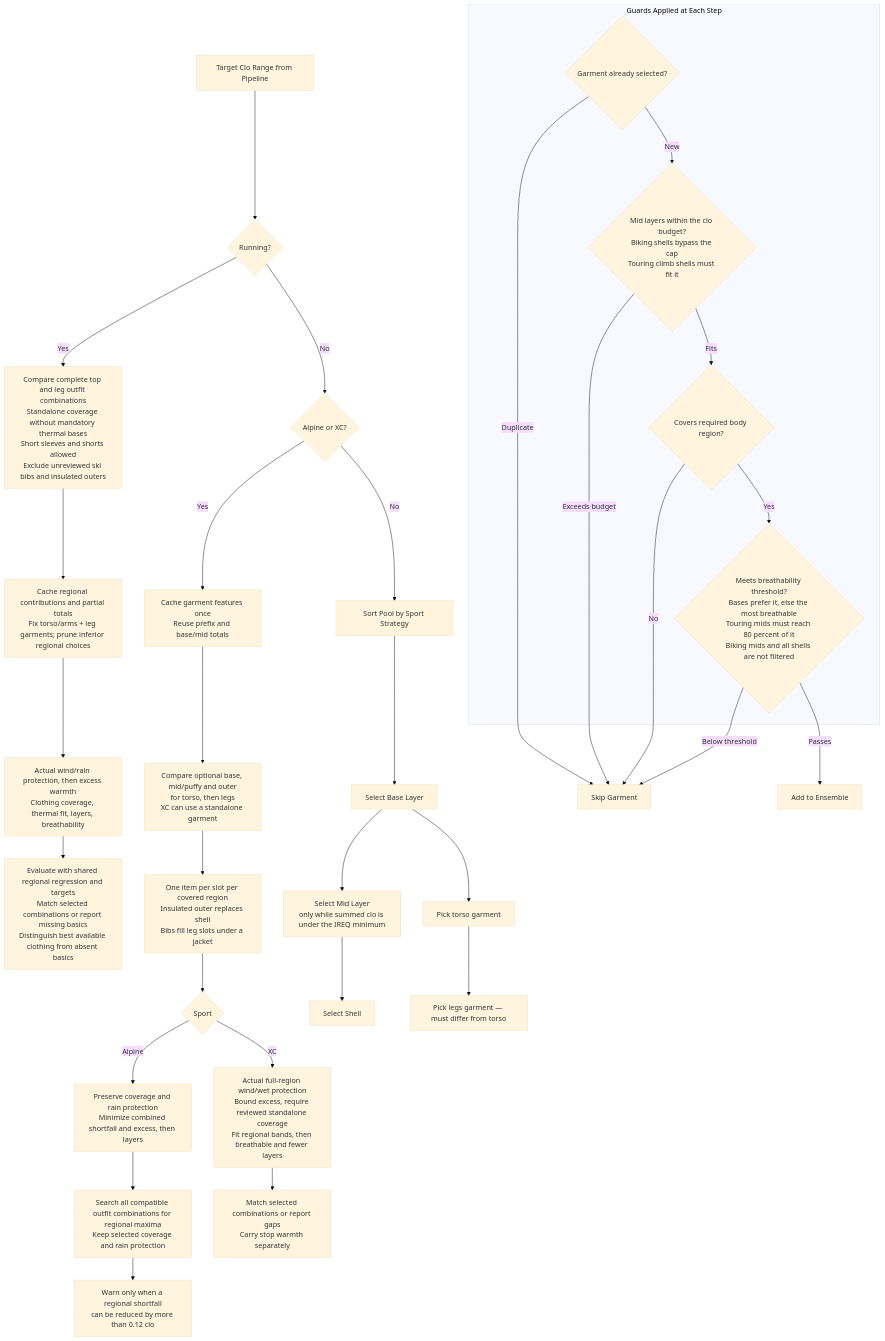
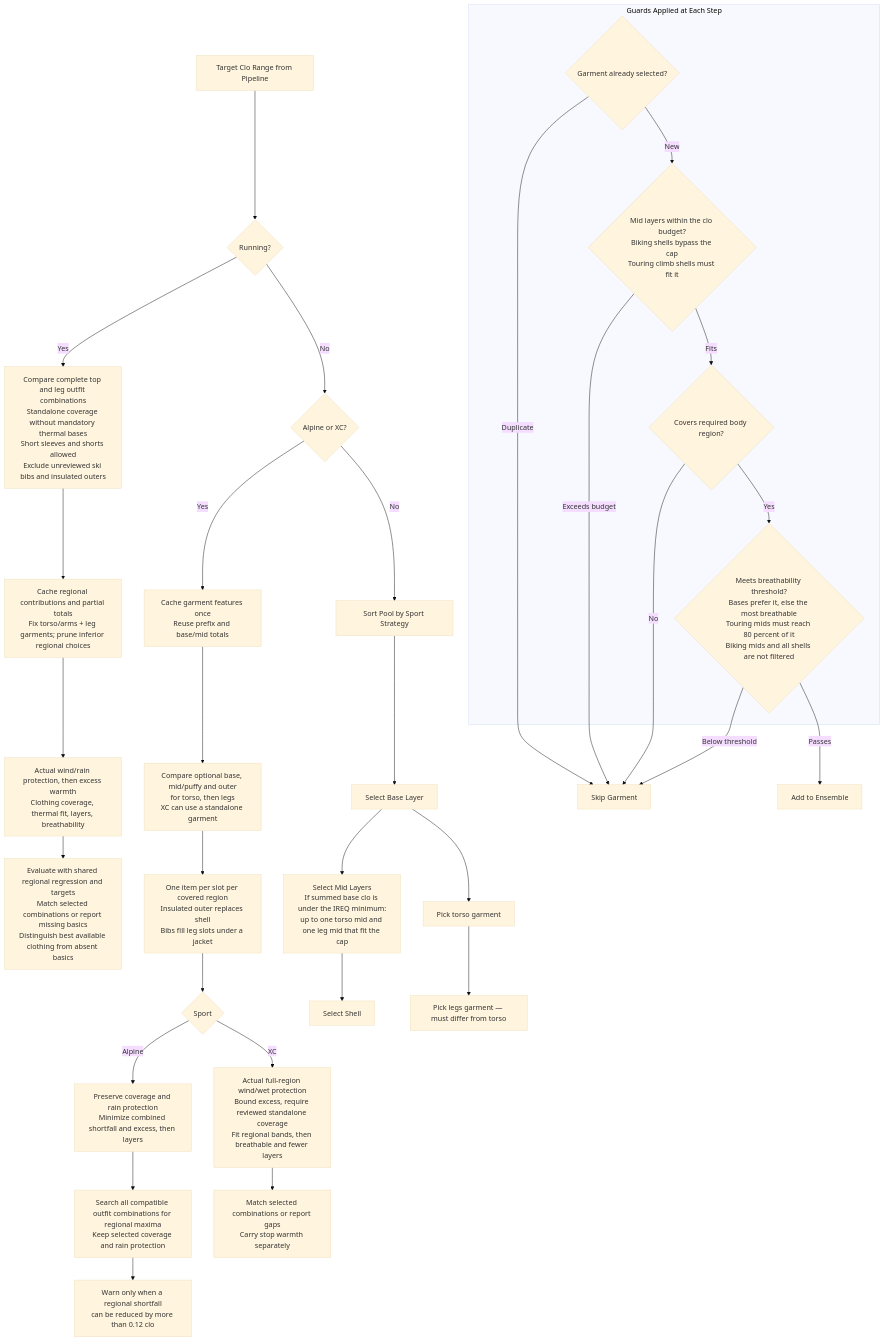
One commit to derobertsw/swttr changed the third of 7 diagrams in README.md. Above: the diagram before and after it, drawn with Mermaid (base theme). The commit also changed other lines of this file and 1 other file, not shown here.

````diff
--- a/README.md
+++ b/README.md
@@ -143,41 +143,41 @@
 ```mermaid
 graph TD
     START[Target Clo Range from Pipeline] --> RUNNING{Running?}
     RUNNING -->|Yes| RUNOPT[Compare complete top and leg outfit combinations<br/>Standalone coverage without mandatory thermal bases<br/>Short sleeves and shorts allowed<br/>Exclude unreviewed ski bibs and insulated outers]
     RUNOPT --> RCACHE[Cache regional contributions and partial totals<br/>Fix torso/arms + leg garments; prune inferior regional choices]
     RCACHE --> RUNRANK[Actual wind/rain protection, then excess warmth<br/>Clothing coverage, thermal fit, layers, breathability]
     RUNRANK --> RUNREQ[Evaluate with shared regional regression and targets<br/>Match selected combinations or report missing basics<br/>Distinguish best available clothing from absent basics]
     RUNNING -->|No| SPORT{Alpine or XC?}
     SPORT -->|Yes| CACHE[Cache garment features once<br/>Reuse prefix and base/mid totals]
     CACHE --> COMB[Compare optional base, mid/puffy and outer<br/>for torso, then legs<br/>XC can use a standalone garment]
     COMB --> CAP[One item per slot per covered region<br/>Insulated outer replaces shell<br/>Bibs fill leg slots under a jacket]
     CAP --> RANK{Sport}
     RANK -->|Alpine| REG[Preserve coverage and rain protection<br/>Minimize combined shortfall and excess, then layers]
     REG --> WARM[Search all compatible outfit combinations for regional maxima<br/>Keep selected coverage and rain protection]
     WARM --> WARN[Warn only when a regional shortfall<br/>can be reduced by more than 0.12 clo]
     RANK -->|XC| XREG[Actual full-region wind/wet protection<br/>Bound excess, require reviewed standalone coverage<br/>Fit regional bands, then breathable and fewer layers]
     XREG --> XREQ[Match selected combinations or report gaps<br/>Carry stop warmth separately]
     SPORT -->|No| SORT[Sort Pool by Sport Strategy]
     SORT --> BASE[Select Base Layer]
-    BASE --> MID[Select Mid Layer<br/>only while summed clo is under the IREQ minimum]
+    BASE --> MID[Select Mid Layers<br/>If summed base clo is under the IREQ minimum:<br/>up to one torso mid and one leg mid that fit the cap]
     MID --> SHELL[Select Shell]
 
     BASE --> T1[Pick torso garment]
     T1 --> L1[Pick legs garment — must differ from torso]
 
     subgraph "Guards Applied at Each Step"
         G1{Garment already selected?}
         G2{Mid layers within the clo budget?<br/>Biking shells bypass the cap<br/>Touring climb shells must fit it}
         G3{Covers required body region?}
         G4{Meets breathability threshold?<br/>Bases prefer it, else the most breathable<br/>Touring mids must reach 80 percent of it<br/>Biking mids and all shells are not filtered}
     end
 
     G1 -->|Duplicate| SKIP[Skip Garment]
     G1 -->|New| G2
     G2 -->|Exceeds budget| SKIP
     G2 -->|Fits| G3
     G3 -->|No| SKIP
     G3 -->|Yes| G4
     G4 -->|Below threshold| SKIP
     G4 -->|Passes| ADD[Add to Ensemble]
 ```
````
